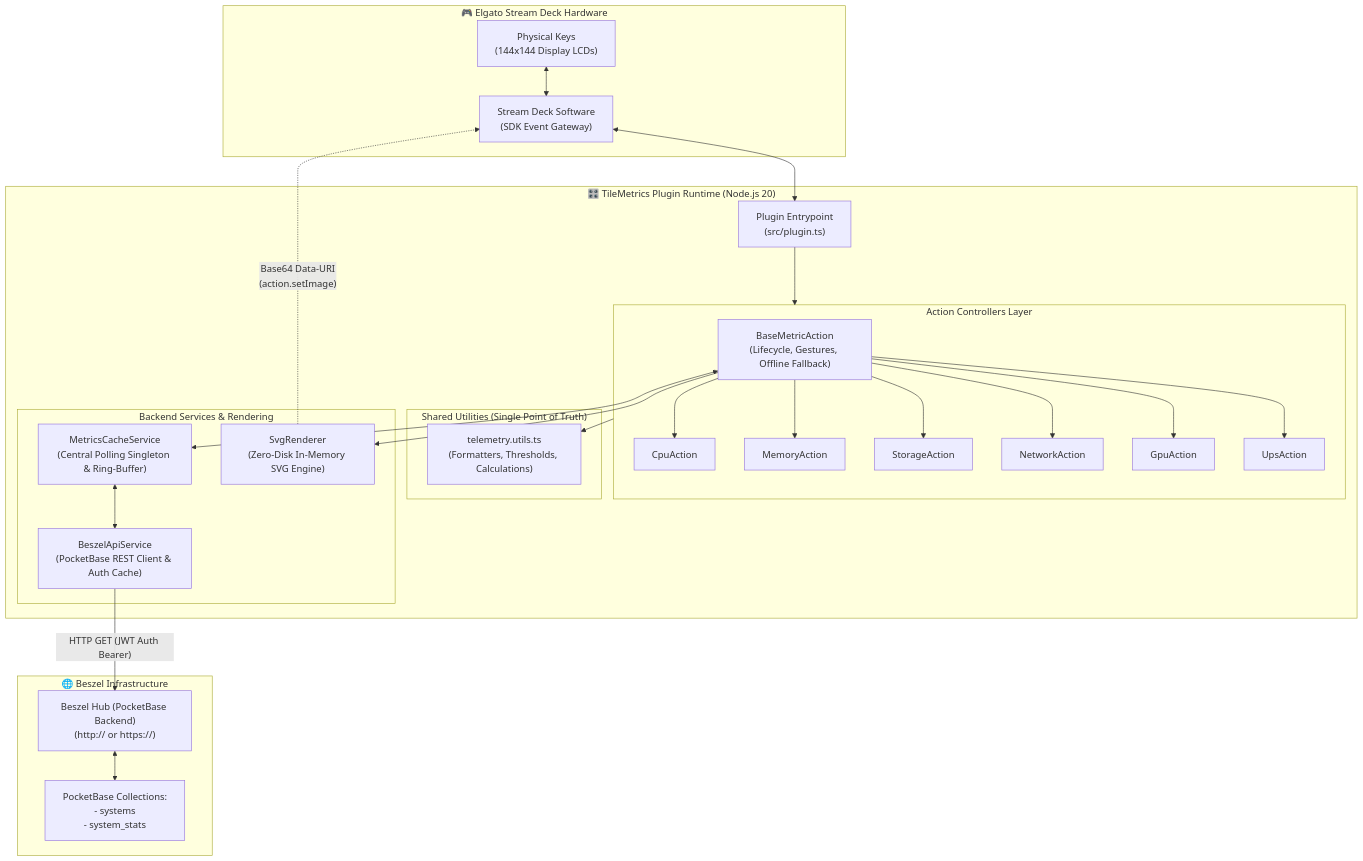
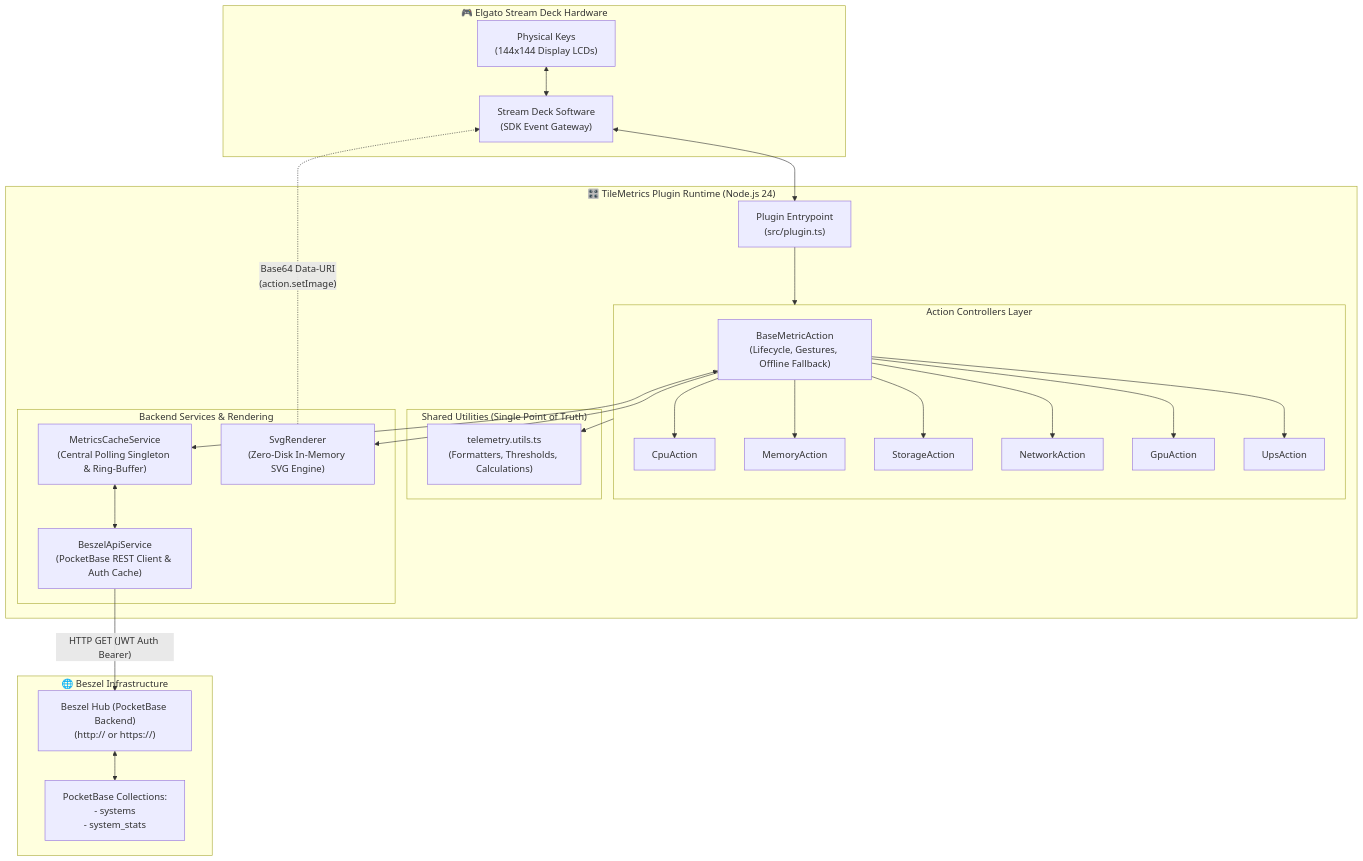
Before and after one commit to Smok3y97/TileMetrics: the first of 2 diagrams in docs/architecture.md, drawn with Mermaid. The commit also changed other lines of this file and 22 other files, not shown here.

````diff
--- a/docs/architecture.md
+++ b/docs/architecture.md
@@ -30,57 +30,57 @@
 ```mermaid
 graph TD
     subgraph Hardware ["🎮 Elgato Stream Deck Hardware"]
         SD_KEYPAD["Physical Keys\n(144x144 Display LCDs)"]
         SD_APP["Stream Deck Software\n(SDK Event Gateway)"]
         SD_KEYPAD <--> SD_APP
     end
 
-    subgraph Plugin ["🎛️ TileMetrics Plugin Runtime (Node.js 20)"]
+    subgraph Plugin ["🎛️ TileMetrics Plugin Runtime (Node.js 24)"]
         REG["Plugin Entrypoint\n(src/plugin.ts)"]
 
         subgraph ActionsLayer ["Action Controllers Layer"]
             BASE["BaseMetricAction\n(Lifecycle, Gestures, Offline Fallback)"]
             CPU["CpuAction"]
             MEM["MemoryAction"]
             STORAGE["StorageAction"]
             NET["NetworkAction"]
             GPU["GpuAction"]
             UPS["UpsAction"]
 
             BASE --> CPU
             BASE --> MEM
             BASE --> STORAGE
             BASE --> NET
             BASE --> GPU
             BASE --> UPS
         end
 
         subgraph Utilities ["Shared Utilities (Single Point of Truth)"]
             UTILS["telemetry.utils.ts\n(Formatters, Thresholds, Calculations)"]
         end
 
         subgraph ServiceLayer ["Backend Services & Rendering"]
             CACHE["MetricsCacheService\n(Central Polling Singleton & Ring-Buffer)"]
             RENDER["SvgRenderer\n(Zero-Disk In-Memory SVG Engine)"]
             API["BeszelApiService\n(PocketBase REST Client & Auth Cache)"]
 
             CACHE <--> API
             BASE <--> CACHE
             BASE --> RENDER
         end
 
         ActionsLayer --> UTILS
         SD_APP <--> REG
         REG --> ActionsLayer
     end
 
     subgraph External ["🌐 Beszel Infrastructure"]
         HUB["Beszel Hub (PocketBase Backend)\n(http:// or https://)"]
         DB["PocketBase Collections:\n- systems\n- system_stats"]
 
         HUB <--> DB
         API -- "HTTP GET (JWT Auth Bearer)" --> HUB
     end
 
     RENDER -. "Base64 Data-URI\n(action.setImage)" .-> SD_APP
 ```
````
